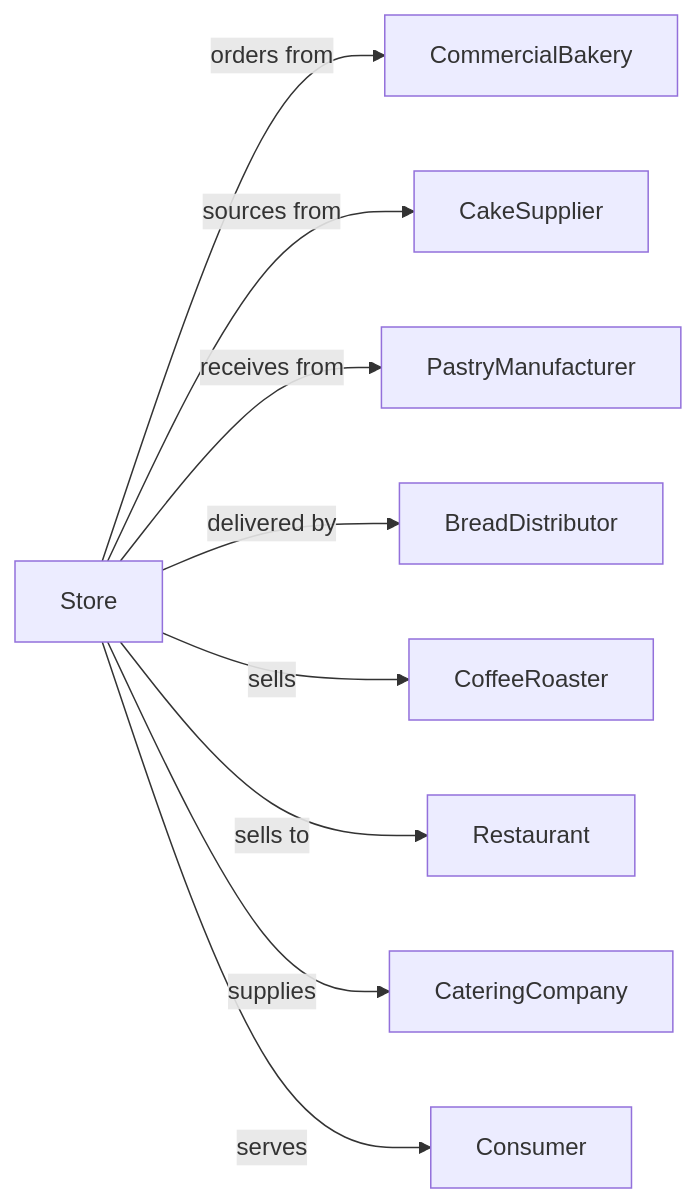
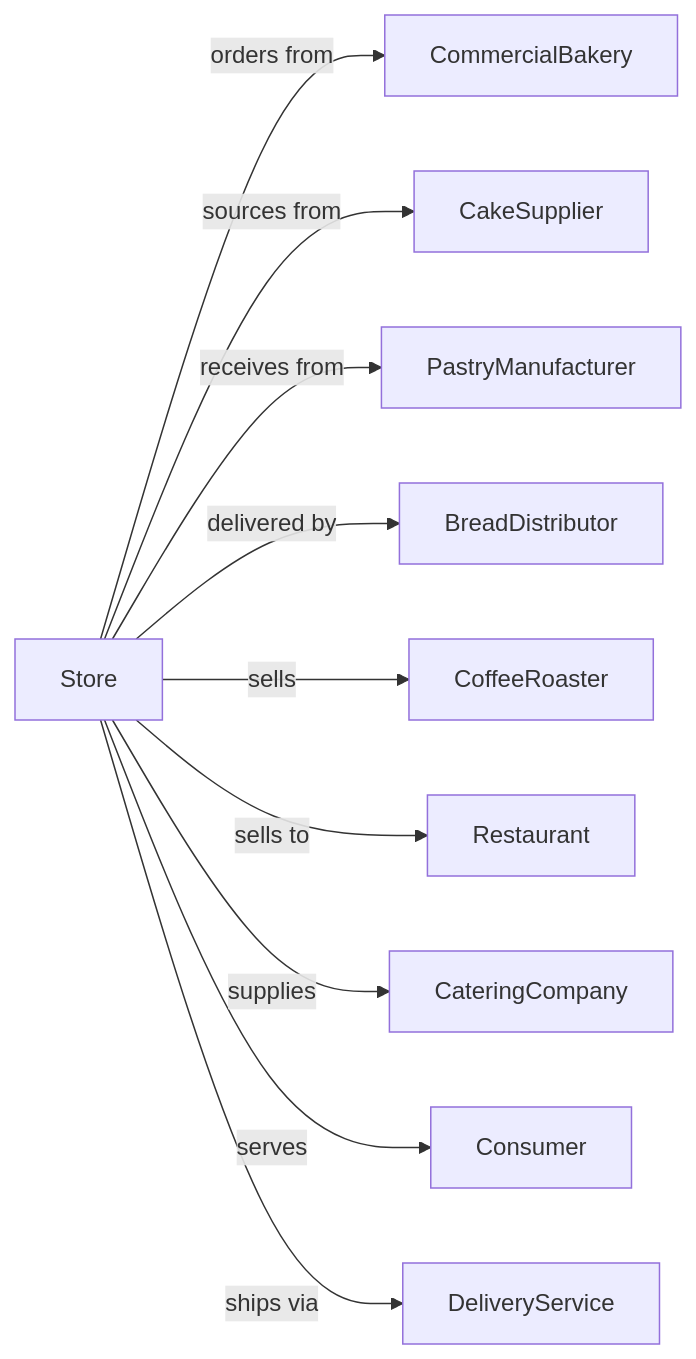
One commit to dot-org-ai/industries.org.ai changed the second of 2 diagrams in RetailTrade/FoodAndBeverageRetailers/SpecialtyFoodRetailers/BakedGoodsRetailers.mdx. Above: the diagram before and after it, drawn with Mermaid. The commit also changed 588 other files, not shown here.

````diff
--- a/RetailTrade/FoodAndBeverageRetailers/SpecialtyFoodRetailers/BakedGoodsRetailers.mdx
+++ b/RetailTrade/FoodAndBeverageRetailers/SpecialtyFoodRetailers/BakedGoodsRetailers.mdx
@@ -131,13 +131,14 @@
 ```mermaid
 graph LR
     S[Store]
 
     S -->|orders from| CommercialBakery
     S -->|sources from| CakeSupplier
     S -->|receives from| PastryManufacturer
     S -->|delivered by| BreadDistributor
     S -->|sells| CoffeeRoaster
     S -->|sells to| Restaurant
     S -->|supplies| CateringCompany
     S -->|serves| Consumer
+    S -->|ships via| DeliveryService
 ```
````
